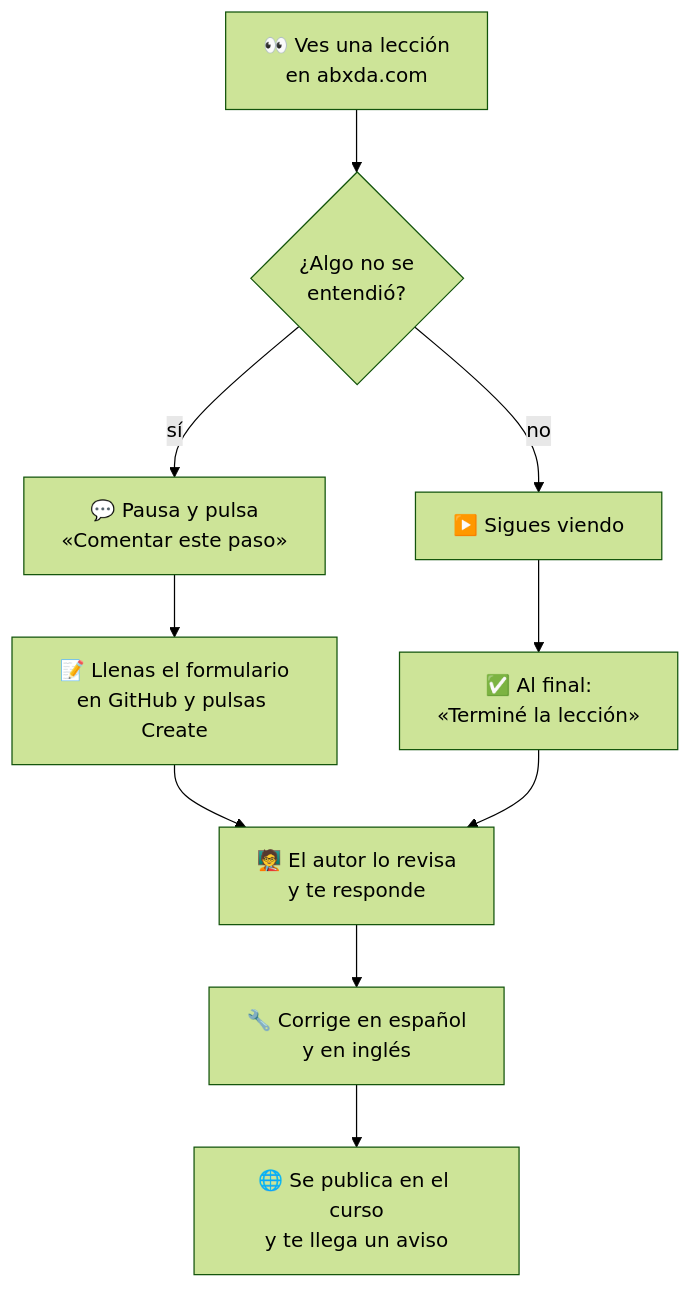
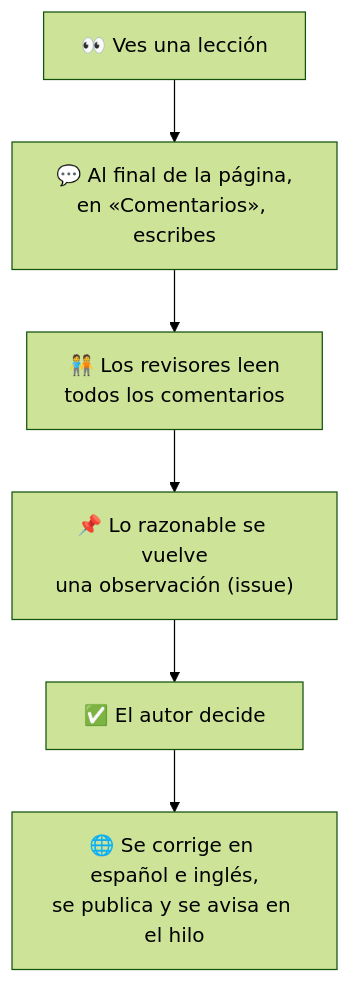
Before and after one commit to abxda/abxda-academy: the diagram in REVISION.md, drawn with Mermaid (forest theme). The commit also changed other lines of this file and 20 other files, not shown here.

Commit message:
revisión con comentarios por lección (giscus + Discussions): guía simplificada en español e inglés con el hilo de cada lección; README y CONTRIBUTING remiten a los hilos

````diff
--- a/REVISION.md
+++ b/REVISION.md
@@ -15,12 +11,8 @@
 ```mermaid
 flowchart TD
-  A["👀 Ves una lección<br/>en abxda.com"] --> B{"¿Algo no se<br/>entendió?"}
-  B -- "sí" --> C["💬 Pausa y pulsa<br/>«Comentar este paso»"]
-  C --> D["📝 Llenas el formulario<br/>en GitHub y pulsas Create"]
-  B -- "no" --> E["▶️ Sigues viendo"]
-  E --> F["✅ Al final:<br/>«Terminé la lección»"]
-  D --> G["🧑‍🏫 El autor lo revisa<br/>y te responde"]
-  F --> G
-  G --> H["🔧 Corrige en español<br/>y en inglés"]
-  H --> I["🌐 Se publica en el curso<br/>y te llega un aviso"]
+  A["👀 Ves una lección"] --> B["💬 Al final de la página,<br/>en «Comentarios», escribes"]
+  B --> C["🧑‍🤝‍🧑 Los revisores leen<br/>todos los comentarios"]
+  C --> D["📌 Lo razonable se vuelve<br/>una observación (issue)"]
+  D --> E["✅ El autor decide"]
+  E --> F["🌐 Se corrige en español e inglés,<br/>se publica y se avisa en el hilo"]
 ```
````
